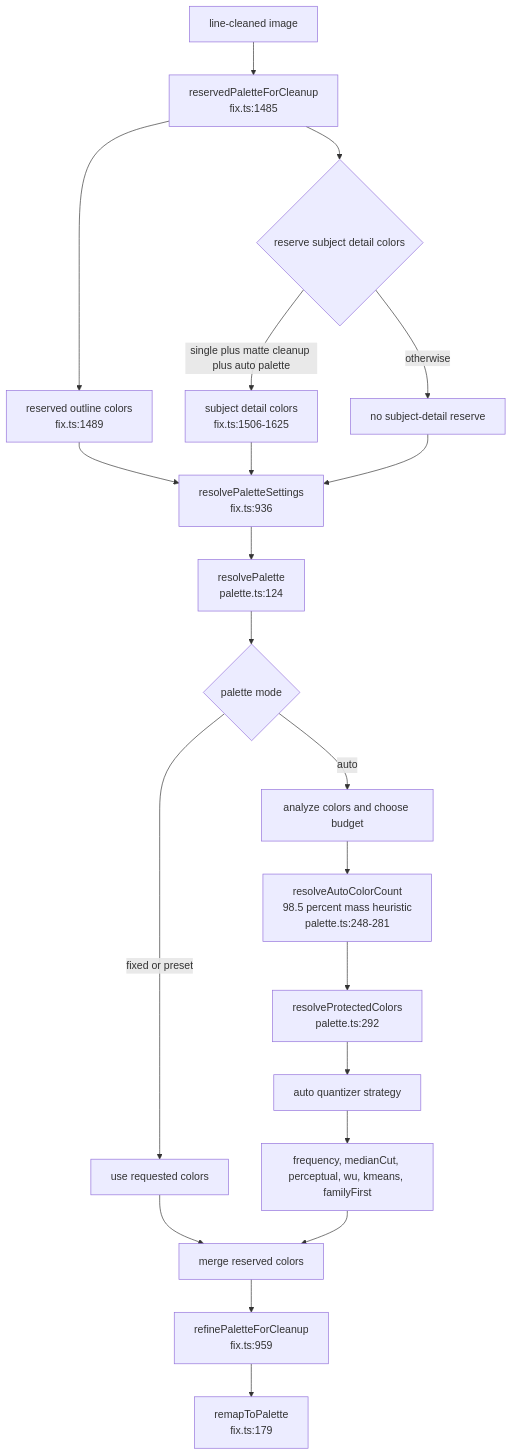
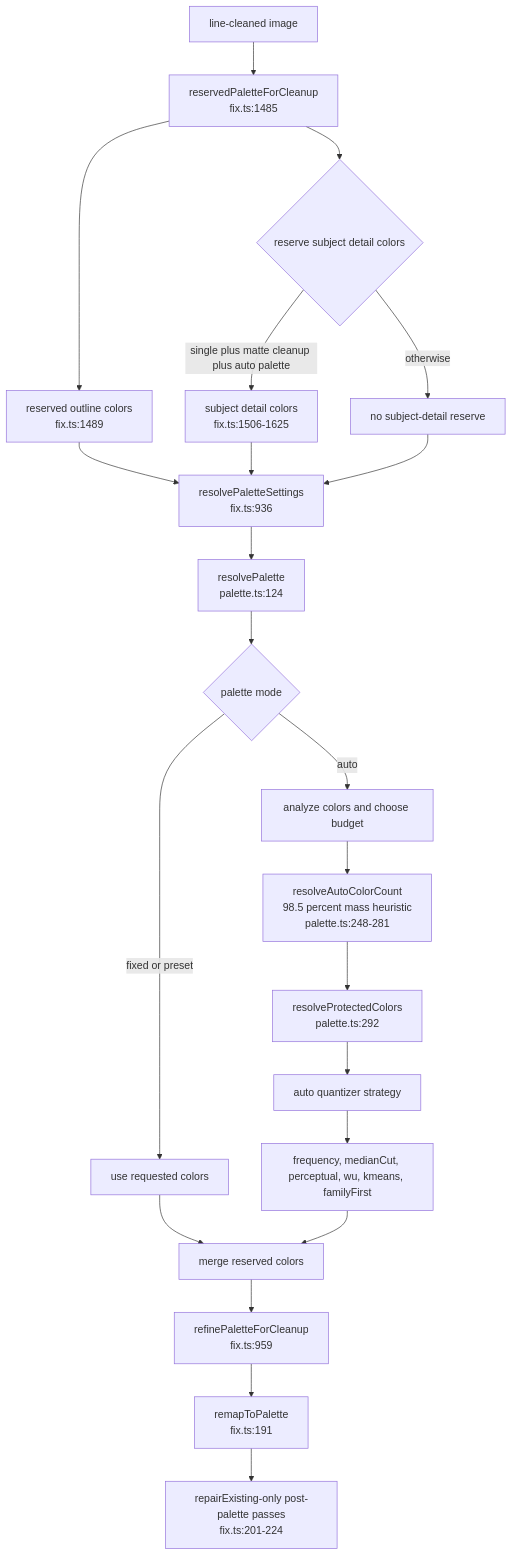
The second of 2 diagrams in docs/process/single-sprite.md (labcoder/pixel-aid), drawn with Mermaid before and after one commit. The commit also changed other lines of this file and 6 other files, not shown here.

Commit message:
docs(core): document repair outline fringe passes

````diff
--- a/docs/process/single-sprite.md
+++ b/docs/process/single-sprite.md
@@ -91,23 +100,24 @@
 ```mermaid
 flowchart TD
   A["line-cleaned image"] --> B["reservedPaletteForCleanup<br/>fix.ts:1485"]
   B --> C["reserved outline colors<br/>fix.ts:1489"]
   B --> D{"reserve subject detail colors"}
   D -->|"single plus matte cleanup plus auto palette"| E["subject detail colors<br/>fix.ts:1506-1625"]
   D -->|"otherwise"| F["no subject-detail reserve"]
   C --> G["resolvePaletteSettings<br/>fix.ts:936"]
   E --> G
   F --> G
   G --> H["resolvePalette<br/>palette.ts:124"]
   H --> I{"palette mode"}
   I -->|"fixed or preset"| J["use requested colors"]
   I -->|"auto"| K["analyze colors and choose budget"]
   K --> L["resolveAutoColorCount<br/>98.5 percent mass heuristic<br/>palette.ts:248-281"]
   L --> M["resolveProtectedColors<br/>palette.ts:292"]
   M --> N["auto quantizer strategy"]
   N --> O["frequency, medianCut, perceptual, wu, kmeans, familyFirst"]
   J --> P["merge reserved colors"]
   O --> P
   P --> Q["refinePaletteForCleanup<br/>fix.ts:959"]
-  Q --> R["remapToPalette<br/>fix.ts:179"]
+  Q --> R["remapToPalette<br/>fix.ts:191"]
+  R --> S["repairExisting-only post-palette passes<br/>fix.ts:201-224"]
 ```
````
